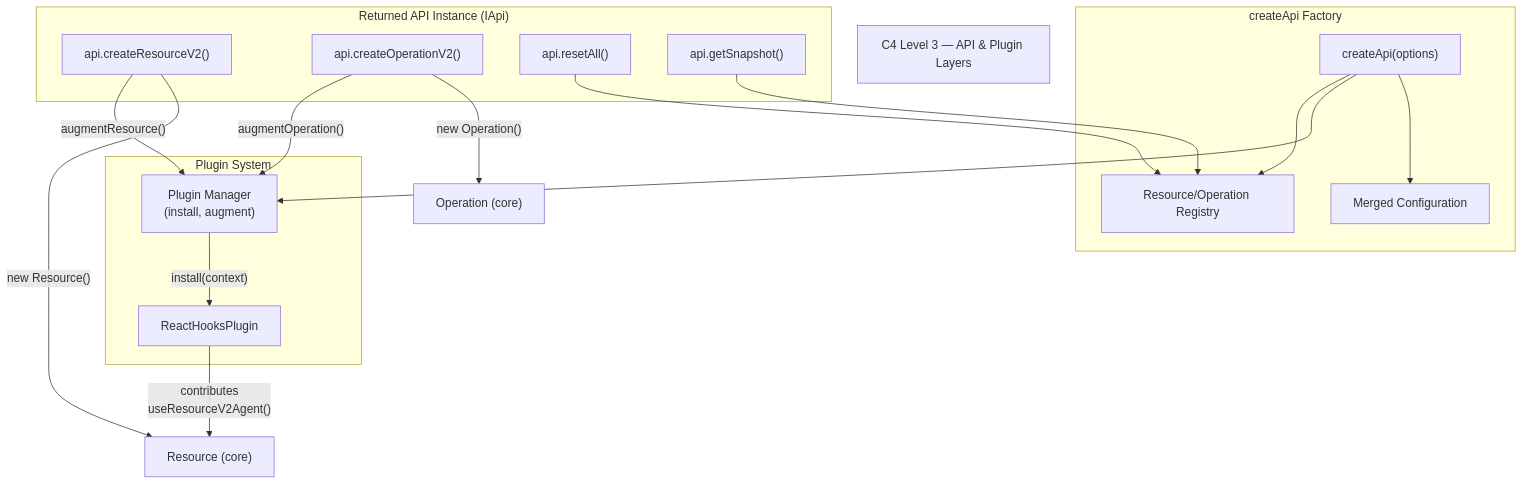
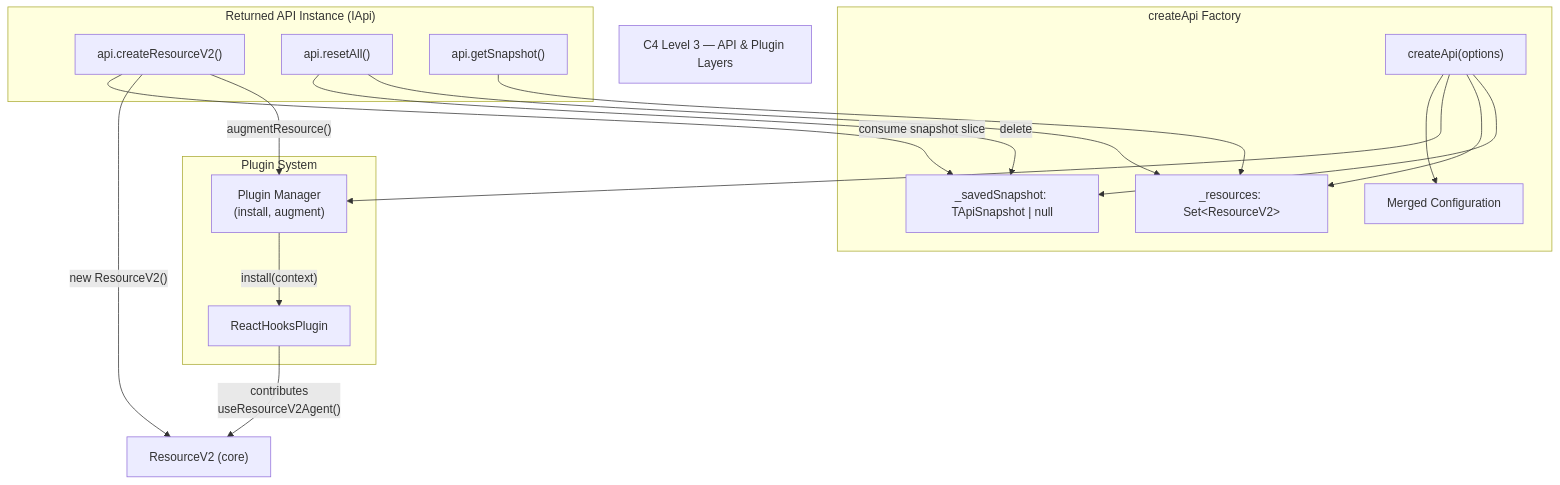
The fourth of 8 diagrams in .thoughts/2026-03-23-1400_query-v2-full-implementation/02-design/01-architecture.md (fozy-labs/rx-toolkit), drawn with Mermaid before and after one commit. The commit also changed other lines of this file and 204 other files, not shown here.

````diff
--- a/.thoughts/2026-03-23-1400_query-v2-full-implementation/02-design/01-architecture.md
+++ b/.thoughts/2026-03-23-1400_query-v2-full-implementation/02-design/01-architecture.md
@@ -161,34 +143,35 @@
 ```mermaid
 graph TB
     title["C4 Level 3 — API & Plugin Layers"]
     
     subgraph "createApi Factory"
         APIF["createApi(options)"]
-        Reg["Resource/Operation Registry"]
+        ResSet["_resources: Set&lt;ResourceV2&gt;"]
         Cfg["Merged Configuration"]
+        SavedSnap["_savedSnapshot: TApiSnapshot | null"]
     end
     
     subgraph "Plugin System"
         PMgr["Plugin Manager<br/>(install, augment)"]
         RHP["ReactHooksPlugin"]
     end
     
     subgraph "Returned API Instance (IApi)"
         CRV2["api.createResourceV2()"]
-        COV2["api.createOperationV2()"]
         Reset["api.resetAll()"]
         GetSnap["api.getSnapshot()"]
     end
     
     APIF --> Cfg
     APIF --> PMgr
-    APIF --> Reg
+    APIF --> ResSet
+    APIF --> SavedSnap
+    CRV2 -->|"consume snapshot slice"| SavedSnap
+    Reset -->|"delete"| SavedSnap
     PMgr -->|"install(context)"| RHP
-    CRV2 -->|"new Resource()"| Res["Resource (core)"]
+    CRV2 -->|"new ResourceV2()"| Res["ResourceV2 (core)"]
     CRV2 -->|"augmentResource()"| PMgr
-    COV2 -->|"new Operation()"| Op["Operation (core)"]
-    COV2 -->|"augmentOperation()"| PMgr
-    Reset --> Reg
-    GetSnap --> Reg
+    Reset --> ResSet
+    GetSnap --> ResSet
     RHP -->|"contributes<br/>useResourceV2Agent()"| Res
 ```
````
